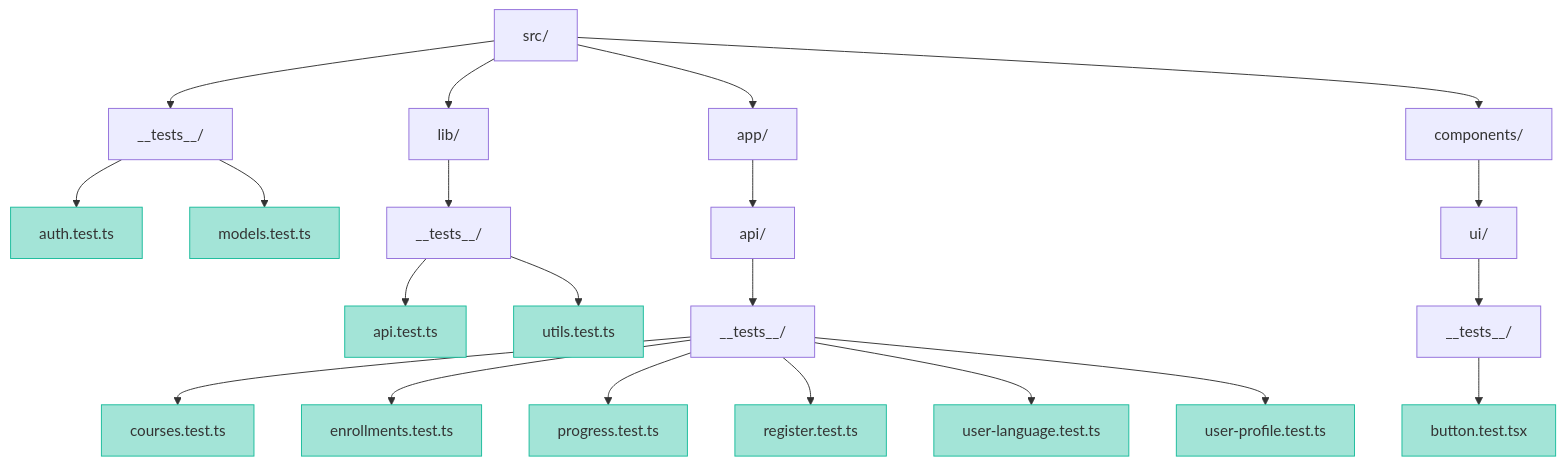
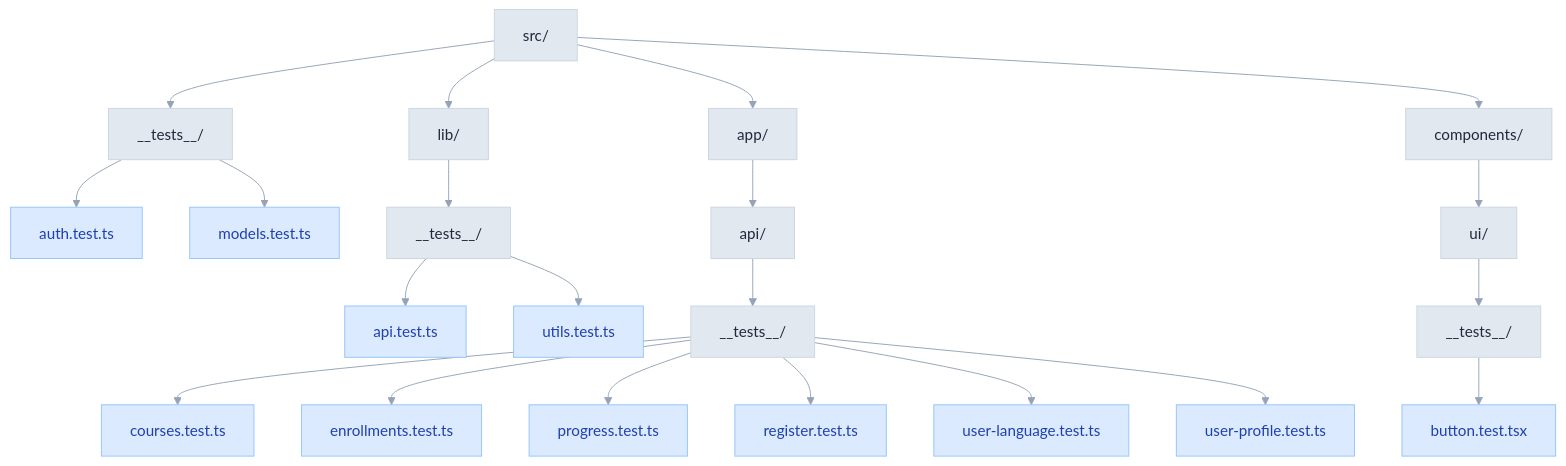
The second of 2 diagrams in doc/TESTING.md (3DHDSoft/devmultiplier-academy), drawn with Mermaid before and after one commit. The commit also changed other lines of this file and 19 other files, not shown here.

````diff
--- a/doc/TESTING.md
+++ b/doc/TESTING.md
@@ -47,39 +57,49 @@
 ```mermaid
-graph TD
+%%{init: {'theme': 'base', 'themeVariables': {
+  'primaryColor': '#e2e8f0',
+  'primaryTextColor': '#1e293b',
+  'primaryBorderColor': '#cbd5e1',
+  'lineColor': '#94a3b8',
+  'secondaryColor': '#f1f5f9',
+  'tertiaryColor': '#f8fafc',
+  'background': '#ffffff',
+  'textColor': '#334155',
+  'fontFamily': 'system-ui, -apple-system, sans-serif'
+}}}%%graph TD
     Root["src/"] --> Auth["__tests__/"]
     Root --> Lib["lib/"]
     Root --> App["app/"]
     Root --> Components["components/"]
 
     Auth --> AuthTest["auth.test.ts"]
     Auth --> ModelsTest["models.test.ts"]
 
     Lib --> LibTests["__tests__/"]
     LibTests --> ApiTest["api.test.ts"]
     LibTests --> UtilsTest["utils.test.ts"]
 
     App --> AppApi["api/"]
     AppApi --> ApiTests["__tests__/"]
     ApiTests --> CoursesTest["courses.test.ts"]
     ApiTests --> EnrollmentsTest["enrollments.test.ts"]
     ApiTests --> ProgressTest["progress.test.ts"]
     ApiTests --> RegisterTest["register.test.ts"]
     ApiTests --> LanguageTest["user-language.test.ts"]
     ApiTests --> ProfileTest["user-profile.test.ts"]
 
     Components --> UI["ui/"]
     UI --> UiTests["__tests__/"]
     UiTests --> ButtonTest["button.test.tsx"]
 
-    style AuthTest fill:#a3e4d7,stroke:#1abc9c
-    style ModelsTest fill:#a3e4d7,stroke:#1abc9c
-    style ApiTest fill:#a3e4d7,stroke:#1abc9c
-    style UtilsTest fill:#a3e4d7,stroke:#1abc9c
-    style CoursesTest fill:#a3e4d7,stroke:#1abc9c
-    style EnrollmentsTest fill:#a3e4d7,stroke:#1abc9c
-    style ProgressTest fill:#a3e4d7,stroke:#1abc9c
-    style RegisterTest fill:#a3e4d7,stroke:#1abc9c
-    style LanguageTest fill:#a3e4d7,stroke:#1abc9c
-    style ProfileTest fill:#a3e4d7,stroke:#1abc9c
-    style ButtonTest fill:#a3e4d7,stroke:#1abc9c
+    style AuthTest fill:#dbeafe,stroke:#93c5fd,color:#1e40af
+    style ModelsTest fill:#dbeafe,stroke:#93c5fd,color:#1e40af
+    style ApiTest fill:#dbeafe,stroke:#93c5fd,color:#1e40af
+    style UtilsTest fill:#dbeafe,stroke:#93c5fd,color:#1e40af
+    style CoursesTest fill:#dbeafe,stroke:#93c5fd,color:#1e40af
+    style EnrollmentsTest fill:#dbeafe,stroke:#93c5fd,color:#1e40af
+    style ProgressTest fill:#dbeafe,stroke:#93c5fd,color:#1e40af
+    style RegisterTest fill:#dbeafe,stroke:#93c5fd,color:#1e40af
+    style LanguageTest fill:#dbeafe,stroke:#93c5fd,color:#1e40af
+    style ProfileTest fill:#dbeafe,stroke:#93c5fd,color:#1e40af
+    style ButtonTest fill:#dbeafe,stroke:#93c5fd,color:#1e40af
 ```
````
